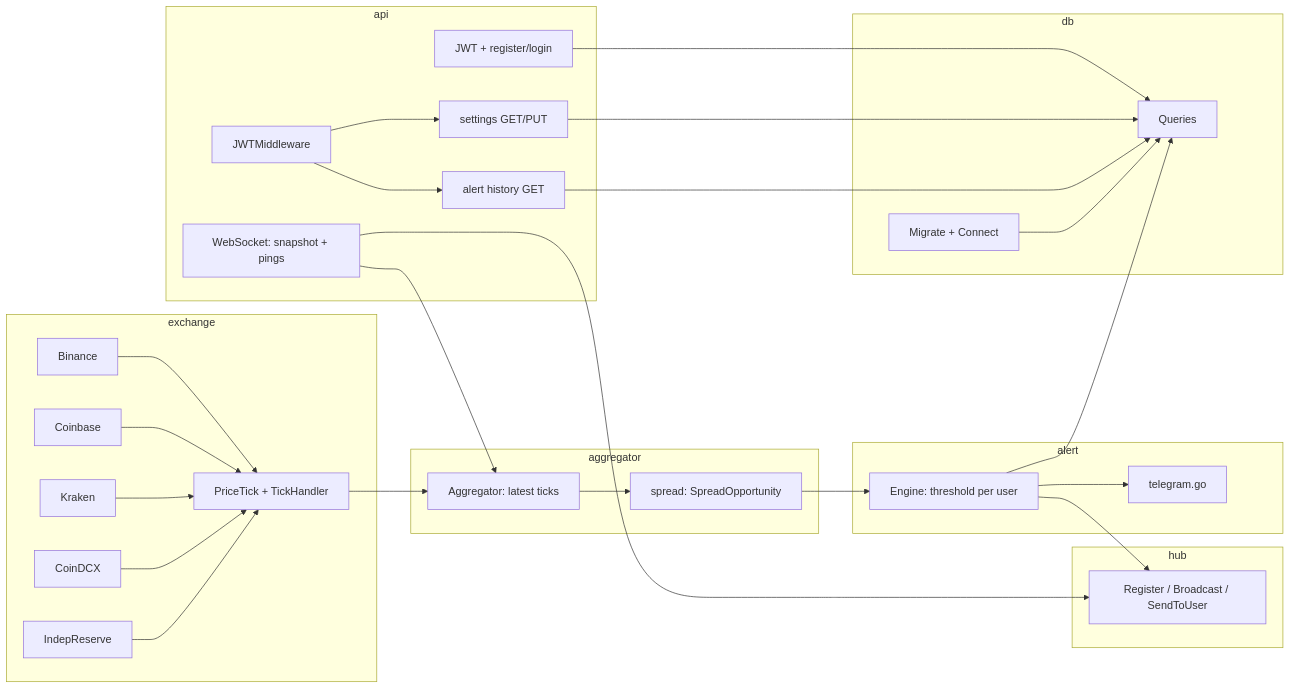
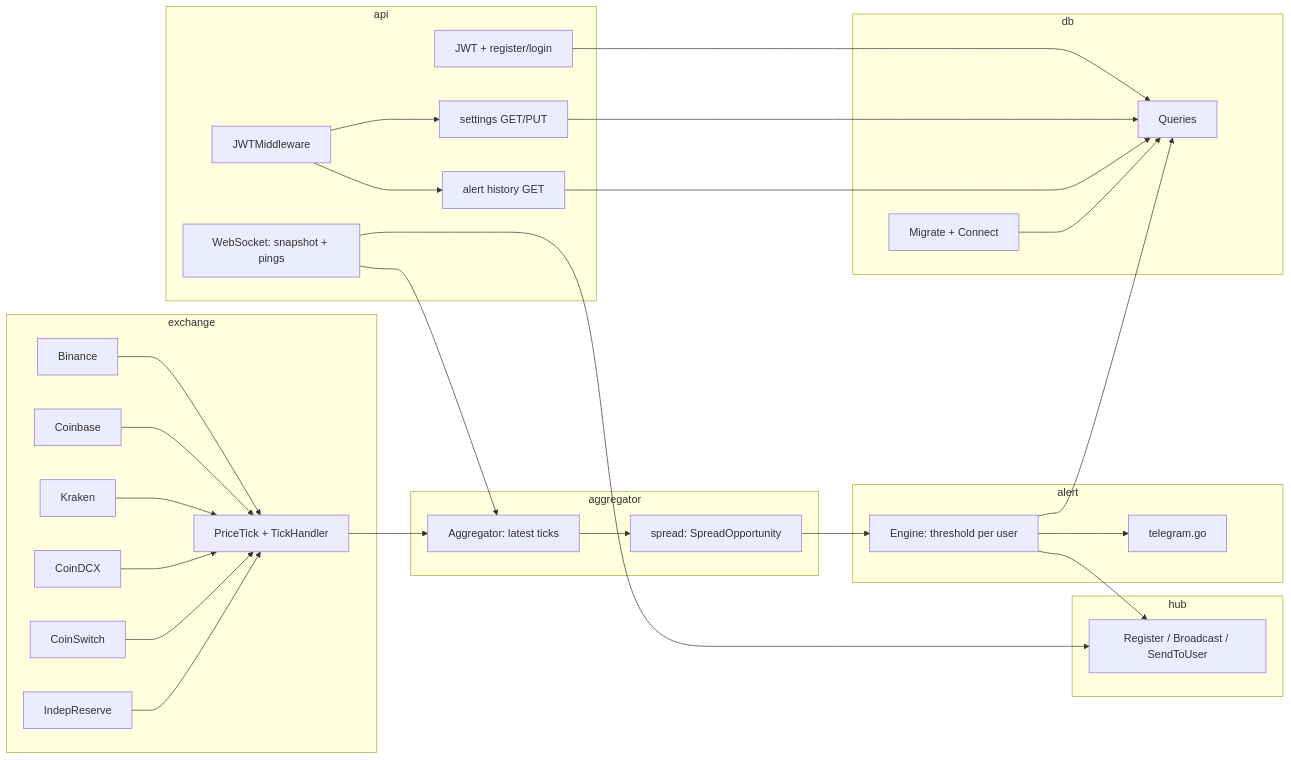
One commit to srinivas365/crytotrade changed the second of 5 diagrams in docs/architecture.md. Above: the diagram before and after it, drawn with Mermaid. The commit also changed other lines of this file and 4 other files, not shown here.

````diff
--- a/docs/architecture.md
+++ b/docs/architecture.md
@@ -66,58 +68,60 @@
 ```mermaid
 flowchart LR
   subgraph exchange["exchange"]
     T[PriceTick + TickHandler]
     B[Binance]
     C[Coinbase]
     K[Kraken]
     D[CoinDCX]
+    CS[CoinSwitch]
     IRX[IndepReserve]
   end
 
   subgraph agg["aggregator"]
     A[Aggregator: latest ticks]
     S[spread: SpreadOpportunity]
   end
 
   subgraph alert_pkg["alert"]
     E[Engine: threshold per user]
     TE[telegram.go]
   end
 
   subgraph hub_pkg["hub"]
     H[Register / Broadcast / SendToUser]
   end
 
   subgraph api_pkg["api"]
     AUTH[JWT + register/login]
     SET[settings GET/PUT]
     HIS[alert history GET]
     WSH[WebSocket: snapshot + pings]
     MW[JWTMiddleware]
   end
 
   subgraph db_pkg["db"]
     Q[Queries]
     M[Migrate + Connect]
   end
 
   B --> T
   C --> T
   K --> T
   D --> T
+  CS --> T
   IRX --> T
   T --> A
   A --> S
   S --> E
   E --> H
   E --> TE
   E --> Q
   AUTH --> Q
   SET --> Q
   HIS --> Q
   WSH --> H
   WSH --> A
   MW --> SET
   MW --> HIS
   M --> Q
 ```
````
